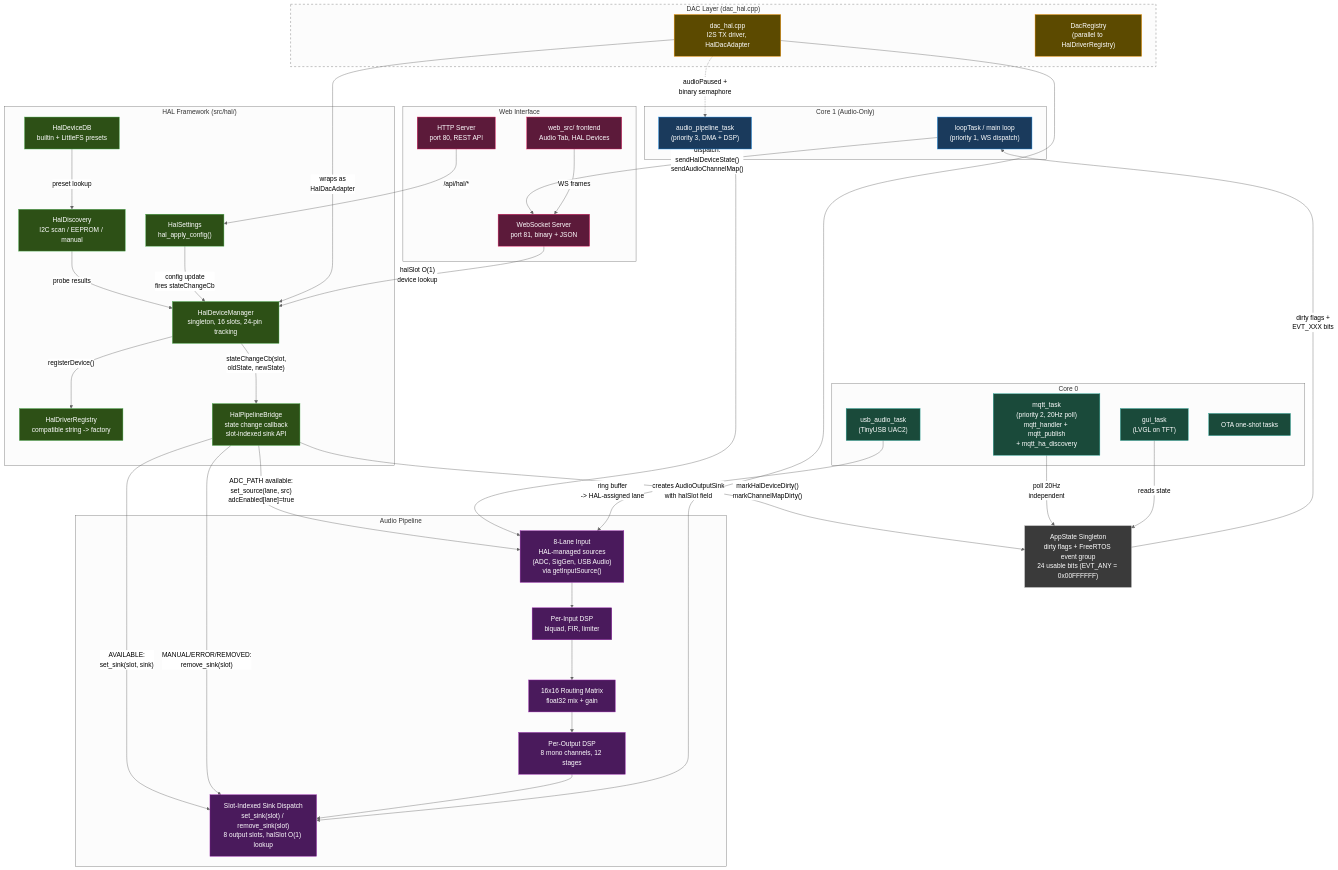
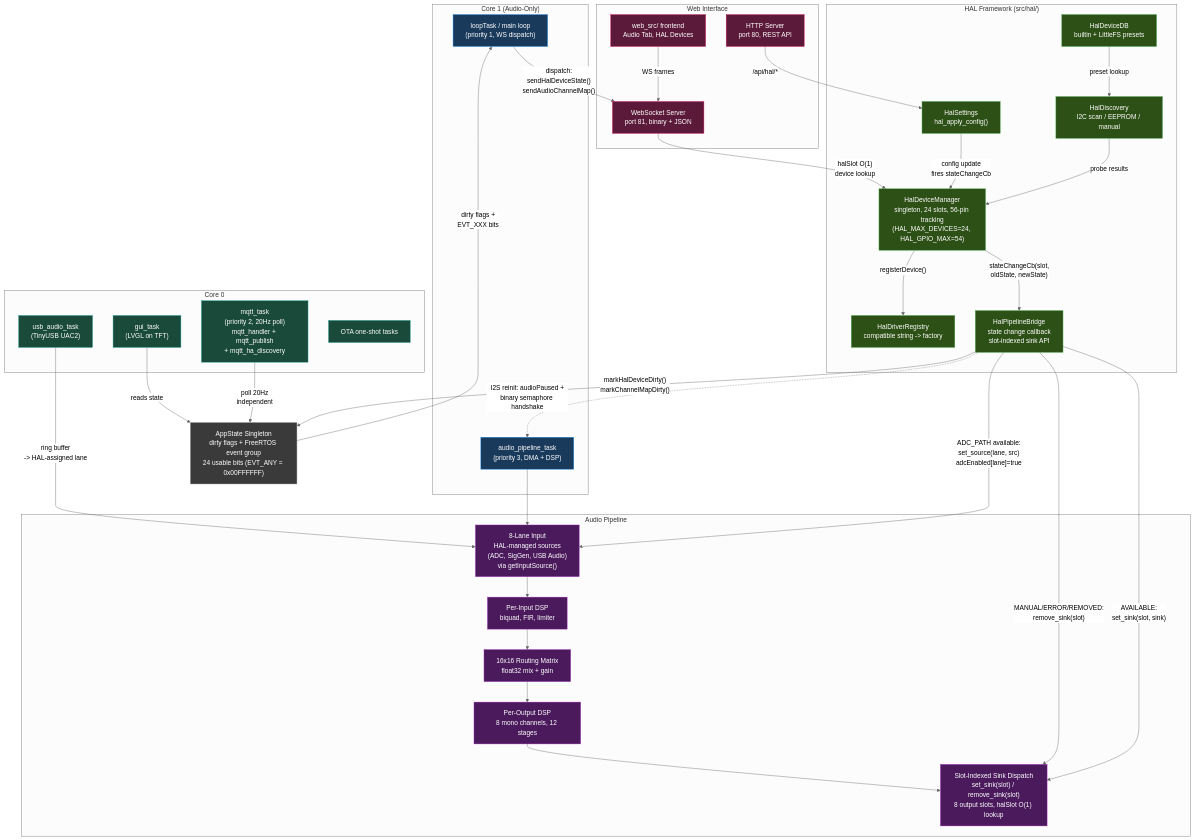
Before and after one commit to Schmackos/ALX_Nova_Controller_2: the diagram in docs-internal/architecture/system-architecture.mmd, drawn with Mermaid (neutral theme). The commit also changed 14 other files, not shown here.

First line of the commit message:
docs: fix legacy device references across Docusaurus site and architecture diagrams (#45)

```diff
--- a/docs-internal/architecture/system-architecture.mmd
+++ b/docs-internal/architecture/system-architecture.mmd
@@ -1,99 +1,90 @@
 %% ALX Nova Controller 2 — System Architecture (post HAL-Pipeline integration)
 %% All paths are now connected. Legacy DAC layer still exists but bridge owns sink lifecycle.
 
 graph TB
     classDef core1 fill:#1a3a5c,stroke:#2196F3,color:#fff
     classDef core0 fill:#1a4a3a,stroke:#26A69A,color:#fff
     classDef hal fill:#2d5016,stroke:#4CAF50,color:#fff
     classDef pipeline fill:#4a1a5c,stroke:#9C27B0,color:#fff
     classDef legacy fill:#5c4a00,stroke:#FF9800,color:#fff
     classDef web fill:#5c1a3a,stroke:#E91E63,color:#fff
     classDef state fill:#3a3a3a,stroke:#9E9E9E,color:#fff
 
     subgraph Core1["Core 1 (Audio-Only)"]
         AP["audio_pipeline_task\n(priority 3, DMA + DSP)"]
         ML["loopTask / main loop\n(priority 1, WS dispatch)"]
     end
 
     subgraph Core0["Core 0"]
         MQTT["mqtt_task\n(priority 2, 20Hz poll)\nmqtt_handler + mqtt_publish\n+ mqtt_ha_discovery"]
         GUI["gui_task\n(LVGL on TFT)"]
         USB["usb_audio_task\n(TinyUSB UAC2)"]
         OTA["OTA one-shot tasks"]
     end
 
     subgraph HAL["HAL Framework (src/hal/)"]
-        HM["HalDeviceManager\nsingleton, 16 slots, 24-pin tracking"]
+        HM["HalDeviceManager\nsingleton, 24 slots, 56-pin tracking\n(HAL_MAX_DEVICES=24, HAL_GPIO_MAX=54)"]
         HD["HalDiscovery\nI2C scan / EEPROM / manual"]
         HDB["HalDeviceDB\nbuiltin + LittleFS presets"]
         HR["HalDriverRegistry\ncompatible string -> factory"]
         HPB["HalPipelineBridge\nstate change callback\nslot-indexed sink API"]
         HS["HalSettings\nhal_apply_config()"]
     end
 
     subgraph AudioPipeline["Audio Pipeline"]
         INP["8-Lane Input\nHAL-managed sources\n(ADC, SigGen, USB Audio)\nvia getInputSource()"]
         DSP["Per-Input DSP\nbiquad, FIR, limiter"]
         MTX["16x16 Routing Matrix\nfloat32 mix + gain"]
         ODSP["Per-Output DSP\n8 mono channels, 12 stages"]
         SINKS["Slot-Indexed Sink Dispatch\nset_sink(slot) / remove_sink(slot)\n8 output slots, halSlot O(1) lookup"]
     end
 
-    subgraph LegacyDAC["DAC Layer (dac_hal.cpp)"]
-        style LegacyDAC stroke-dasharray: 5 5
-        DH["dac_hal.cpp\nI2S TX driver, HalDacAdapter"]
-        DR["DacRegistry\n(parallel to HalDriverRegistry)"]
-    end
 
     subgraph WebGUI["Web Interface"]
         WS["WebSocket Server\nport 81, binary + JSON"]
         HTTP["HTTP Server\nport 80, REST API"]
         WEB["web_src/ frontend\nAudio Tab, HAL Devices"]
     end
 
     AS["AppState Singleton\ndirty flags + FreeRTOS event group\n24 usable bits (EVT_ANY = 0x00FFFFFF)"]
 
     %% HAL internal connections
     HM -->|"registerDevice()"| HR
     HD -->|"probe results"| HM
     HDB -->|"preset lookup"| HD
     HS -->|"config update\nfires stateChangeCb"| HM
 
     %% HAL -> Pipeline Bridge (NEW: functional connection)
     HM -->|"stateChangeCb(slot,\noldState, newState)"| HPB
     HPB -->|"AVAILABLE:\nset_sink(slot, sink)"| SINKS
     HPB -->|"MANUAL/ERROR/REMOVED:\nremove_sink(slot)"| SINKS
     HPB -->|"ADC_PATH available:\nset_source(lane, src)\nadcEnabled[lane]=true"| INP
 
     %% Audio pipeline flow
     AP --> INP --> DSP --> MTX --> ODSP --> SINKS
 
-    %% DAC layer creates sinks, bridge manages lifecycle
-    DH -->|"creates AudioOutputSink\nwith halSlot field"| SINKS
-    DH -->|"wraps as\nHalDacAdapter"| HM
 
     %% State management
     AS -->|"dirty flags +\nEVT_XXX bits"| ML
     ML -->|"dispatch:\nsendHalDeviceState()\nsendAudioChannelMap()"| WS
     HPB -->|"markHalDeviceDirty()\nmarkChannelMapDirty()"| AS
 
     %% Cross-core
     MQTT -->|"poll 20Hz\nindependent"| AS
     GUI -->|"reads state"| AS
     USB -->|"ring buffer\n-> HAL-assigned lane"| INP
 
     %% Web connections
     WEB -->|"WS frames"| WS
     HTTP -->|"/api/hal/*"| HS
     WS -->|"halSlot O(1)\ndevice lookup"| HM
 
     %% Semaphore for safe I2S teardown
-    DH -.->|"audioPaused +\nbinary semaphore"| AP
+    HPB -.->|"I2S reinit: audioPaused +\nbinary semaphore handshake"| AP
 
     class AP,ML core1
     class MQTT,GUI,USB,OTA core0
     class HM,HD,HDB,HR,HPB,HS hal
     class INP,DSP,MTX,ODSP,SINKS pipeline
-    class DH,DR legacy
     class WS,HTTP,WEB web
     class AS state
```
